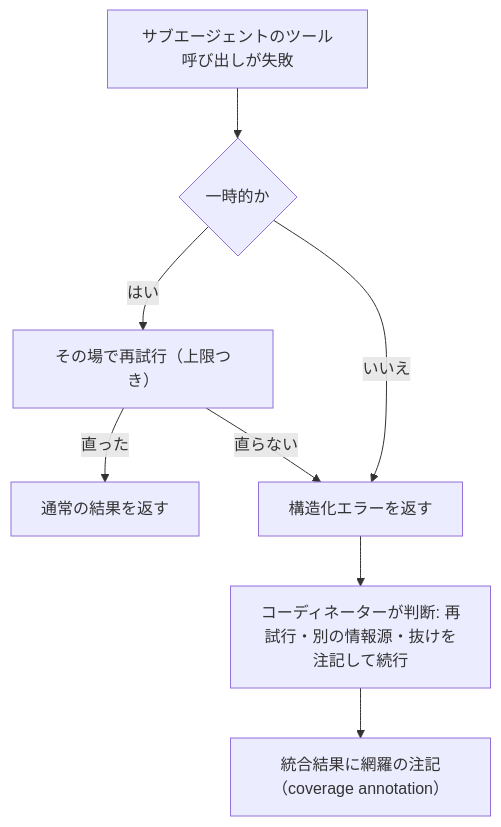
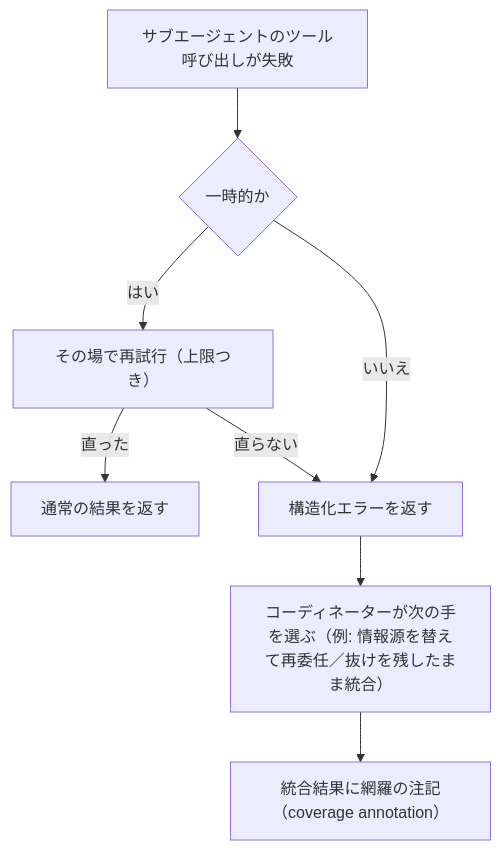
The diagram in ccaf/notes/05-context-reliability/multiagent-error-propagation.md (yuya-take/yuya-exam-notes), drawn with Mermaid before and after one commit. The commit also changed other lines of this file, not shown here.

````diff
--- a/ccaf/notes/05-context-reliability/multiagent-error-propagation.md
+++ b/ccaf/notes/05-context-reliability/multiagent-error-propagation.md
@@ -13,10 +13,10 @@
 ```mermaid
 flowchart TD
   A[サブエージェントのツール呼び出しが失敗] --> B{一時的か}
   B -- はい --> C[その場で再試行（上限つき）]
   C -- 直った --> D[通常の結果を返す]
   C -- 直らない --> E[構造化エラーを返す]
   B -- いいえ --> E
-  E --> F[コーディネーターが判断: 再試行・別の情報源・抜けを注記して続行]
+  E --> F[コーディネーターが次の手を選ぶ（例: 情報源を替えて再委任／抜けを残したまま統合）]
   F --> G[統合結果に網羅の注記（coverage annotation）]
 ```
````
